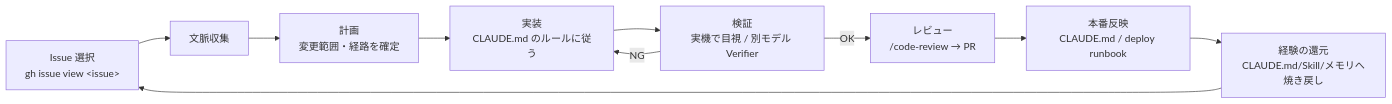
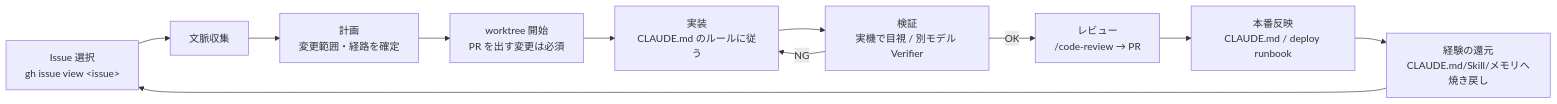
One commit to hdknr/claude-code-setup changed the diagram in docs/plugins/dev-loop-design.md. Above: the diagram before and after it, drawn with Mermaid. The commit also changed other lines of this file and 3 other files, not shown here.

````diff
--- a/docs/plugins/dev-loop-design.md
+++ b/docs/plugins/dev-loop-design.md
@@ -69,12 +69,13 @@
 ```mermaid
 flowchart LR
     S["Issue 選択<br/>gh issue view &lt;issue&gt;"] --> C["文脈収集"]
     C --> P["計画<br/>変更範囲・経路を確定"]
-    P --> E["実装<br/>CLAUDE.md のルールに従う"]
+    P --> W["worktree 開始<br/>PR を出す変更は必須"]
+    W --> E["実装<br/>CLAUDE.md のルールに従う"]
     E --> V["検証<br/>実機で目視 / 別モデル Verifier"]
     V -- NG --> E
     V -- OK --> R["レビュー<br/>/code-review → PR"]
     R --> D["本番反映<br/>CLAUDE.md / deploy runbook"]
     D --> L["経験の還元<br/>CLAUDE.md/Skill/メモリへ焼き戻し"]
     L --> S
 ```
````
